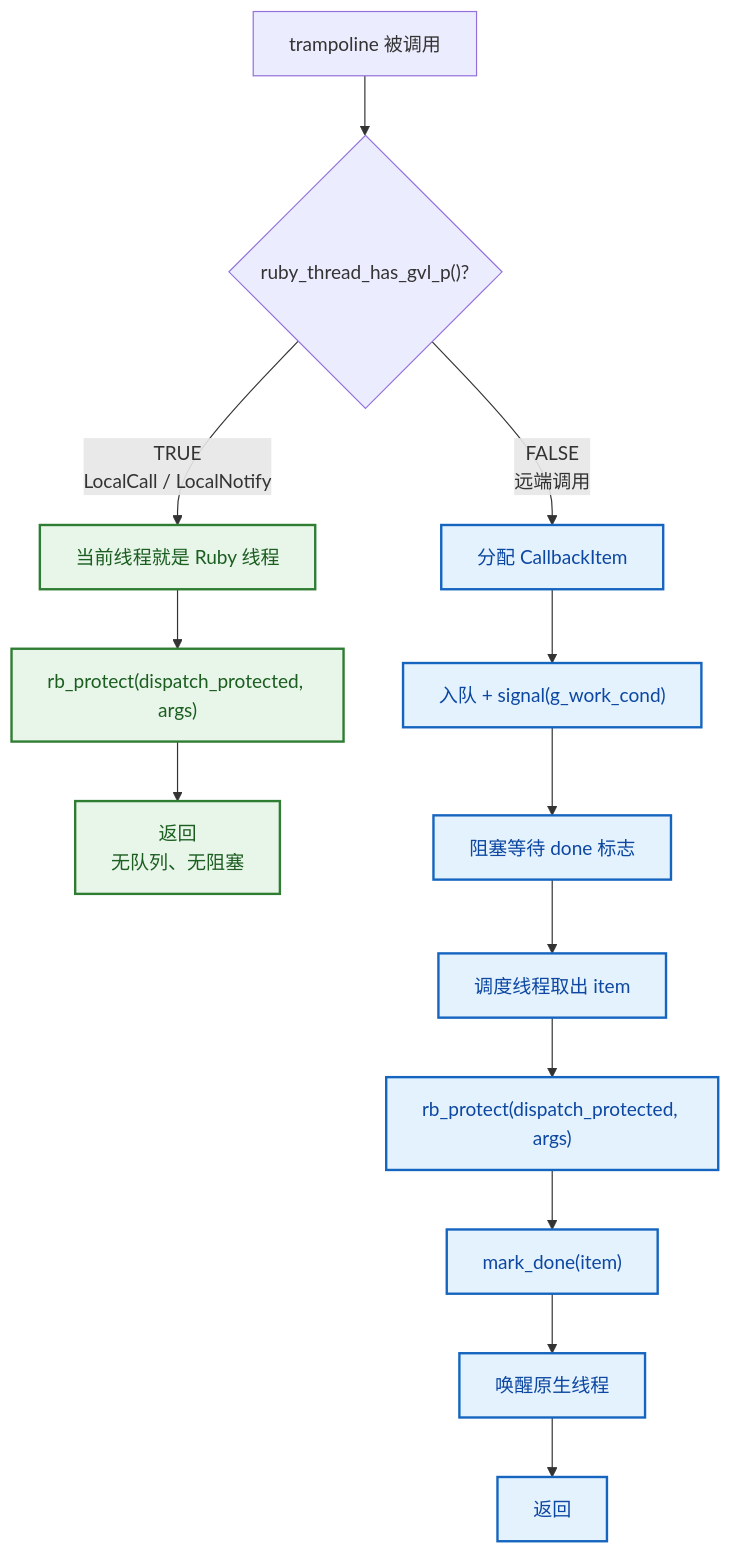
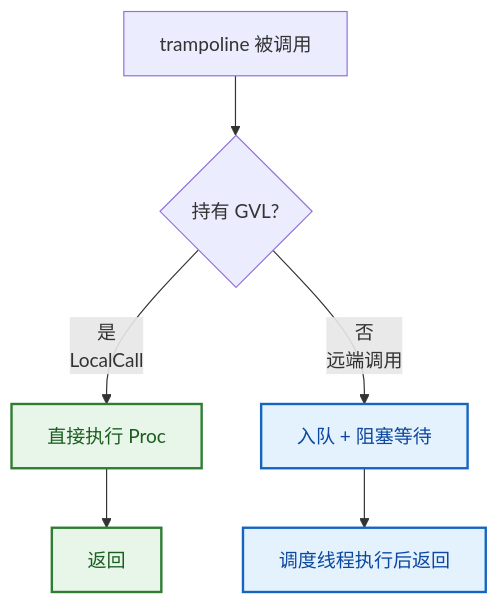
Before and after one commit to PassByYou888/LingoFuse: the fifth of 21 diagrams in ruby/README.md, drawn with Mermaid. The commit also changed other lines of this file and 8 other files, not shown here.

````diff
--- a/ruby/README.md
+++ b/ruby/README.md
@@ -128,24 +132,14 @@
 ```mermaid
 flowchart TD
-    Start["trampoline 被调用"] --> Check{"ruby_thread_has_gvl_p()?"}
+    Start["trampoline 被调用"] --> Check{"持有 GVL?"}
+    Check -->|"是<br/>LocalCall"| InPlace["直接执行 Proc"]
+    Check -->|"否<br/>远端调用"| Enqueue["入队 + 阻塞等待"]
 
-    Check -->|"TRUE<br/>LocalCall / LocalNotify"| InPlace["当前线程就是 Ruby 线程"]
-    Check -->|"FALSE<br/>远端调用"| Enqueue["分配 CallbackItem"]
-
-    InPlace --> P1["rb_protect(dispatch_protected, args)"]
-    P1 --> Done1["返回<br/>无队列、无阻塞"]
-
-    Enqueue --> Q1["入队 + signal(g_work_cond)"]
-    Q1 --> Wait["阻塞等待 done 标志"]
-    Wait --> Disp["调度线程取出 item"]
-    Disp --> P2["rb_protect(dispatch_protected, args)"]
-    P2 --> Mark["mark_done(item)"]
-    Mark --> Wake["唤醒原生线程"]
-    Wake --> Done2["返回"]
+    InPlace --> Done1["返回"]
+    Enqueue --> Done2["调度线程执行后返回"]
 
     classDef gvlHeld fill:#E8F5E9,stroke:#2E7D32,stroke-width:2px,color:#1B5E20
     classDef gvlFree fill:#E3F2FD,stroke:#1565C0,stroke-width:2px,color:#0D47A1
-
-    class InPlace,P1,Done1 gvlHeld
-    class Enqueue,Q1,Wait,Disp,P2,Mark,Wake,Done2 gvlFree
+    class InPlace,Done1 gvlHeld
+    class Enqueue,Done2 gvlFree
 ```
````
